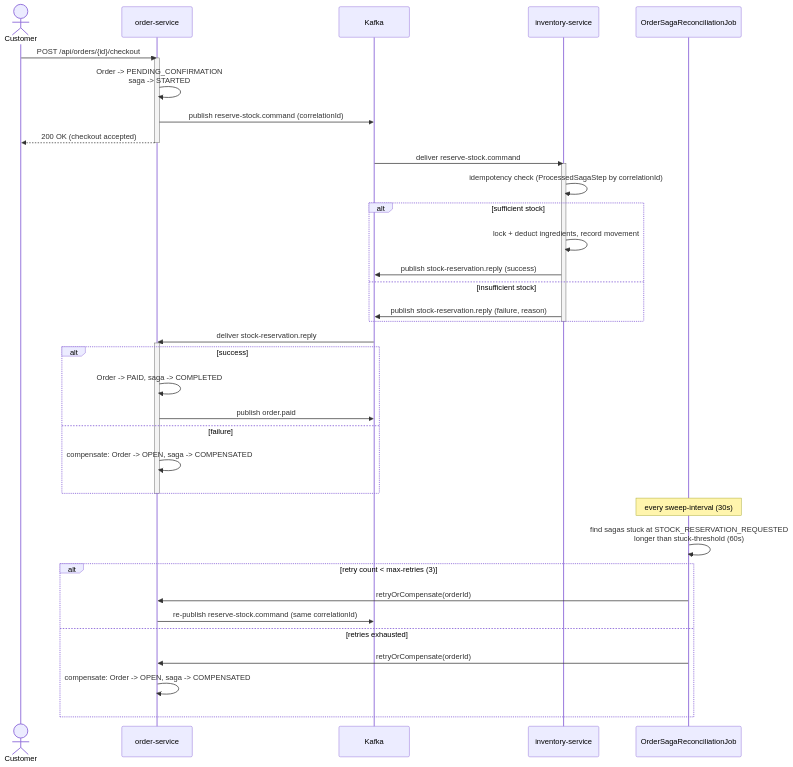
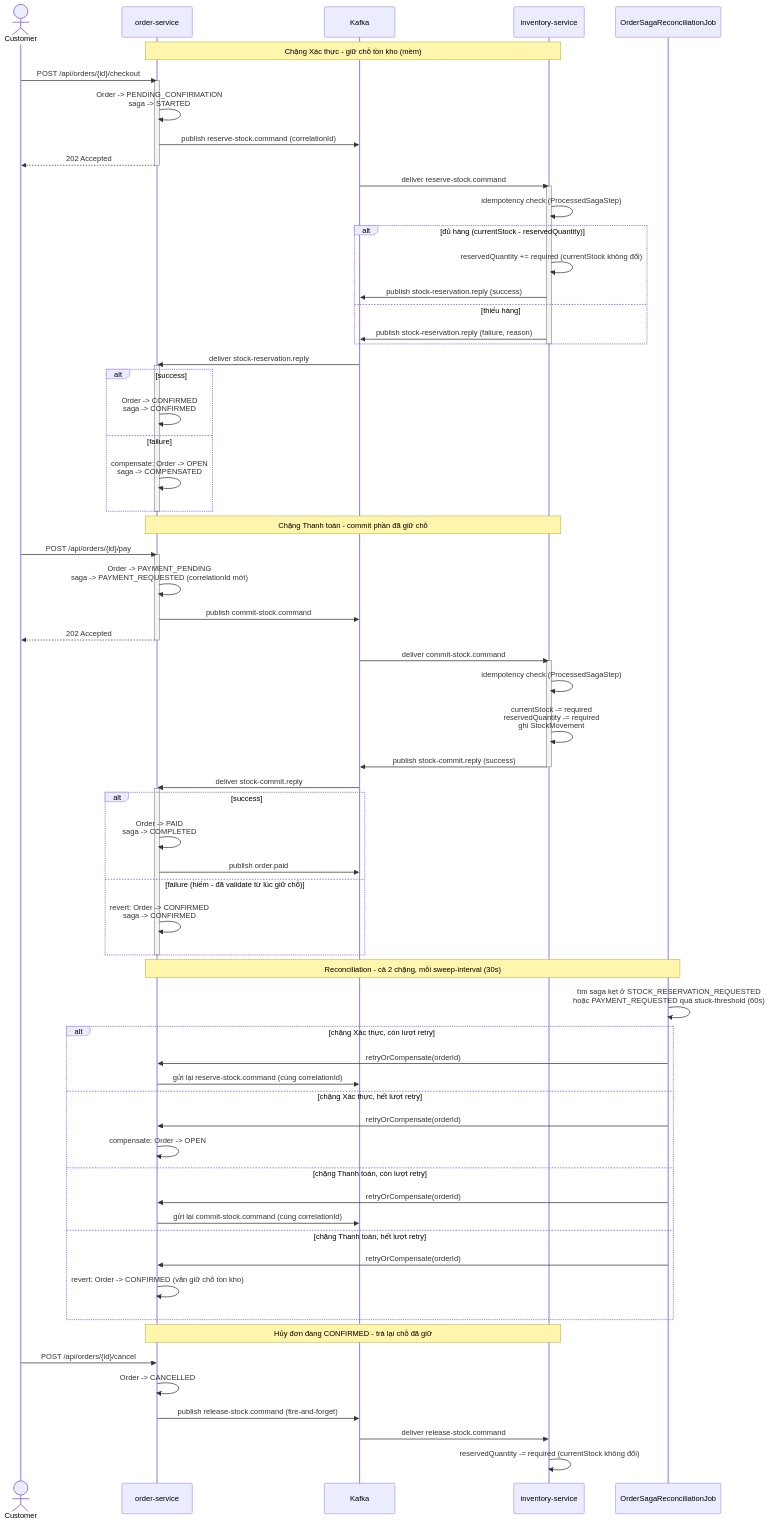
One commit to tanhutminh/cafe-microservice-project changed the fourth of 4 diagrams in README.md. Above: the diagram before and after it, drawn with Mermaid. The commit also changed other lines of this file and 24 other files, not shown here.

````diff
--- a/README.md
+++ b/README.md
@@ -279,20 +328,21 @@
     participant IS as inventory-service
     participant Job as OrderSagaReconciliationJob
 
+    Note over OS,IS: Chặng Xác thực - giữ chỗ tồn kho (mềm)
     Customer->>OS: POST /api/orders/{id}/checkout
     activate OS
     OS->>OS: Order -> PENDING_CONFIRMATION<br/>saga -> STARTED
     OS->>K: publish reserve-stock.command (correlationId)
-    OS-->>Customer: 200 OK (checkout accepted)
+    OS-->>Customer: 202 Accepted
     deactivate OS
 
     K->>IS: deliver reserve-stock.command
     activate IS
-    IS->>IS: idempotency check (ProcessedSagaStep by correlationId)
-    alt sufficient stock
-        IS->>IS: lock + deduct ingredients, record movement
+    IS->>IS: idempotency check (ProcessedSagaStep)
+    alt đủ hàng (currentStock - reservedQuantity)
+        IS->>IS: reservedQuantity += required (currentStock không đổi)
         IS->>K: publish stock-reservation.reply (success)
-    else insufficient stock
+    else thiếu hàng
         IS->>K: publish stock-reservation.reply (failure, reason)
     end
     deactivate IS
@@ -300,20 +350,57 @@
     K->>OS: deliver stock-reservation.reply
     activate OS
     alt success
-        OS->>OS: Order -> PAID, saga -> COMPLETED
-        OS->>K: publish order.paid
+        OS->>OS: Order -> CONFIRMED<br/>saga -> CONFIRMED
     else failure
-        OS->>OS: compensate: Order -> OPEN, saga -> COMPENSATED
+        OS->>OS: compensate: Order -> OPEN<br/>saga -> COMPENSATED
     end
     deactivate OS
 
-    Note over Job: every sweep-interval (30s)
-    Job->>Job: find sagas stuck at STOCK_RESERVATION_REQUESTED<br/>longer than stuck-threshold (60s)
-    alt retry count < max-retries (3)
+    Note over OS,IS: Chặng Thanh toán - commit phần đã giữ chỗ
+    Customer->>OS: POST /api/orders/{id}/pay
+    activate OS
+    OS->>OS: Order -> PAYMENT_PENDING<br/>saga -> PAYMENT_REQUESTED (correlationId mới)
+    OS->>K: publish commit-stock.command
+    OS-->>Customer: 202 Accepted
+    deactivate OS
+
+    K->>IS: deliver commit-stock.command
+    activate IS
+    IS->>IS: idempotency check (ProcessedSagaStep)
+    IS->>IS: currentStock -= required<br/>reservedQuantity -= required<br/>ghi StockMovement
+    IS->>K: publish stock-commit.reply (success)
+    deactivate IS
+
+    K->>OS: deliver stock-commit.reply
+    activate OS
+    alt success
+        OS->>OS: Order -> PAID<br/>saga -> COMPLETED
+        OS->>K: publish order.paid
+    else failure (hiếm - đã validate từ lúc giữ chỗ)
+        OS->>OS: revert: Order -> CONFIRMED<br/>saga -> CONFIRMED
+    end
+    deactivate OS
+
+    Note over OS,Job: Reconciliation - cả 2 chặng, mỗi sweep-interval (30s)
+    Job->>Job: tìm saga kẹt ở STOCK_RESERVATION_REQUESTED<br/>hoặc PAYMENT_REQUESTED quá stuck-threshold (60s)
+    alt chặng Xác thực, còn lượt retry
         Job->>OS: retryOrCompensate(orderId)
-        OS->>K: re-publish reserve-stock.command (same correlationId)
-    else retries exhausted
+        OS->>K: gửi lại reserve-stock.command (cùng correlationId)
+    else chặng Xác thực, hết lượt retry
         Job->>OS: retryOrCompensate(orderId)
-        OS->>OS: compensate: Order -> OPEN, saga -> COMPENSATED
+        OS->>OS: compensate: Order -> OPEN
+    else chặng Thanh toán, còn lượt retry
+        Job->>OS: retryOrCompensate(orderId)
+        OS->>K: gửi lại commit-stock.command (cùng correlationId)
+    else chặng Thanh toán, hết lượt retry
+        Job->>OS: retryOrCompensate(orderId)
+        OS->>OS: revert: Order -> CONFIRMED (vẫn giữ chỗ tồn kho)
     end
+
+    Note over OS,IS: Hủy đơn đang CONFIRMED - trả lại chỗ đã giữ
+    Customer->>OS: POST /api/orders/{id}/cancel
+    OS->>OS: Order -> CANCELLED
+    OS->>K: publish release-stock.command (fire-and-forget)
+    K->>IS: deliver release-stock.command
+    IS->>IS: reservedQuantity -= required (currentStock không đổi)
 ```
````
